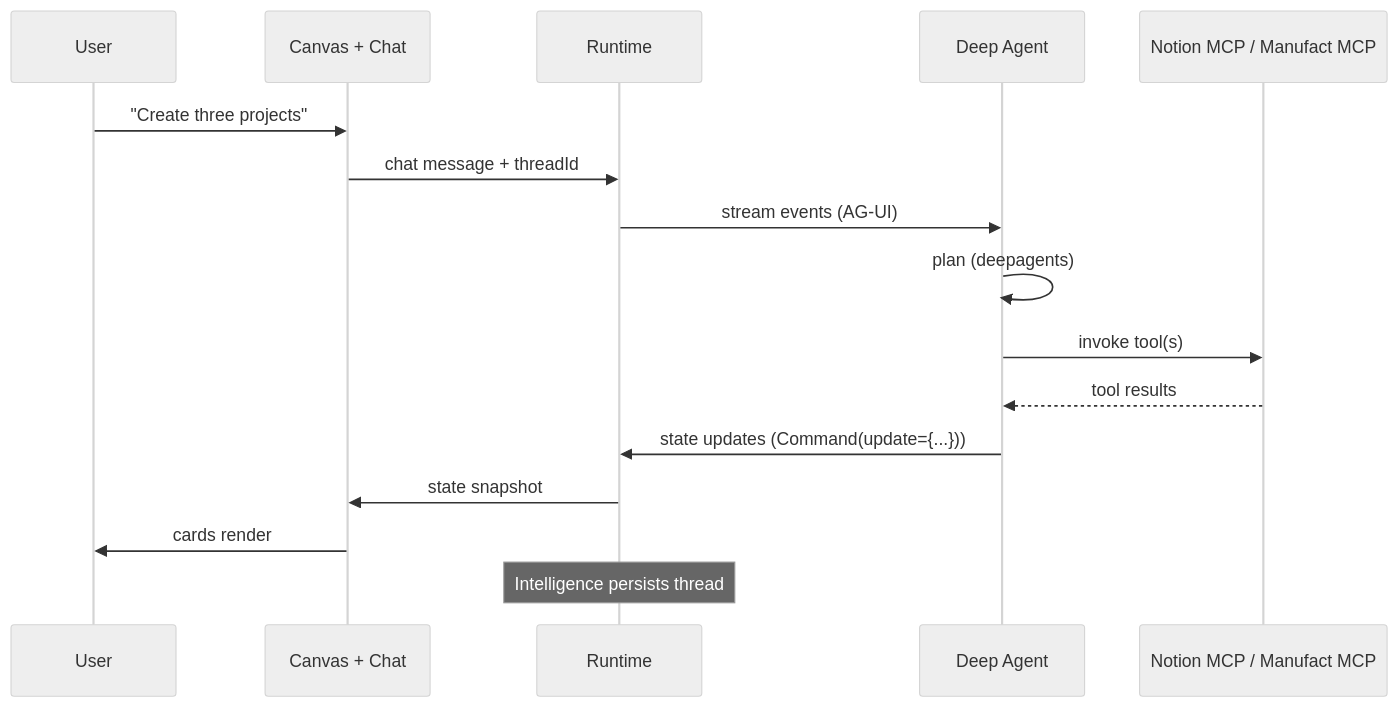
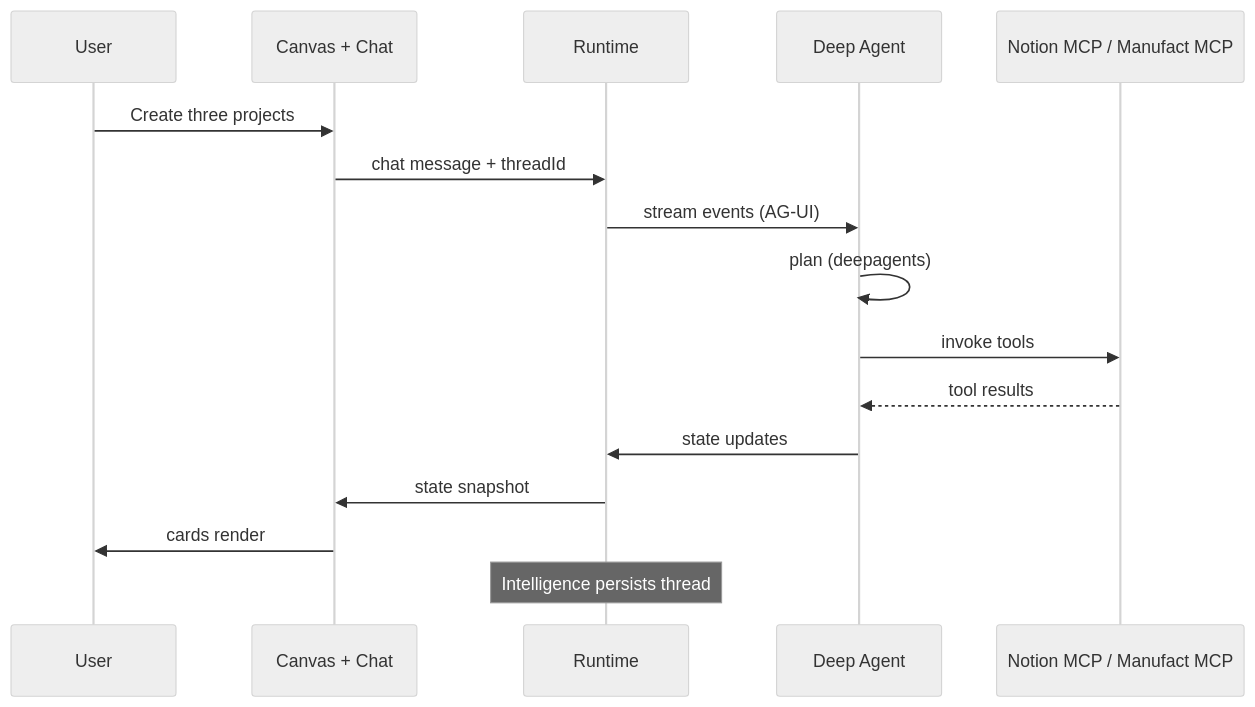
Before and after one commit to xenagarage/Generative-UI-Global-Hackathon-Starter-Kit: the second of 2 diagrams in README.md, drawn with Mermaid (neutral theme). The commit also changed other lines of this file and 2 other files, not shown here.

````diff
--- a/README.md
+++ b/README.md
@@ -309,19 +292,19 @@
 ```mermaid
 sequenceDiagram
     participant User
     participant UI as Canvas + Chat
     participant Runtime
     participant Agent as Deep Agent
     participant Tools as Notion MCP / Manufact MCP
 
-    User->>UI: "Create three projects"
+    User->>UI: Create three projects
     UI->>Runtime: chat message + threadId
     Runtime->>Agent: stream events (AG-UI)
     Agent->>Agent: plan (deepagents)
-    Agent->>Tools: invoke tool(s)
+    Agent->>Tools: invoke tools
     Tools-->>Agent: tool results
-    Agent->>Runtime: state updates (Command(update={...}))
+    Agent->>Runtime: state updates
     Runtime->>UI: state snapshot
     UI->>User: cards render
     Note over Runtime: Intelligence persists thread
 ```
````
